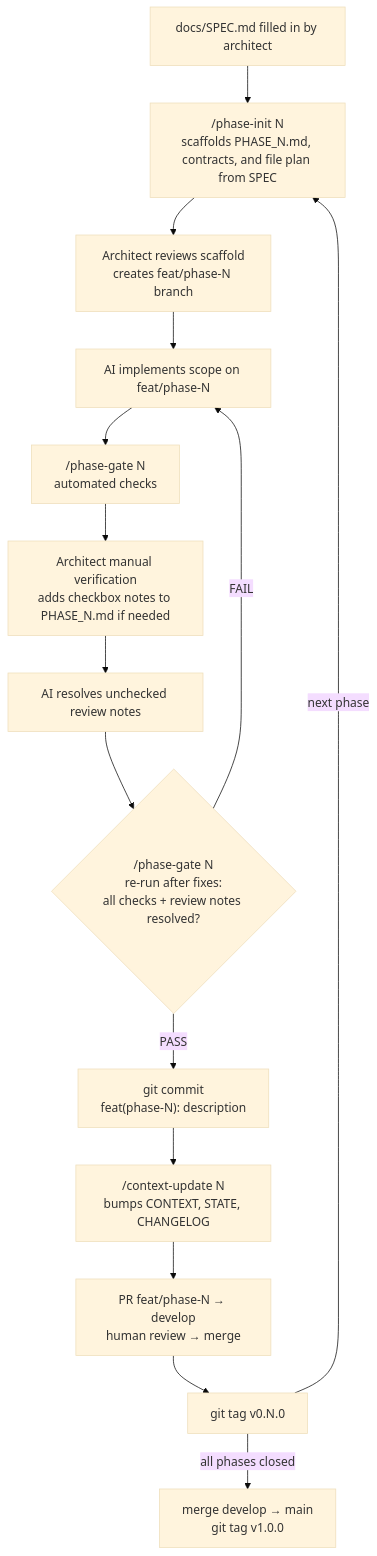
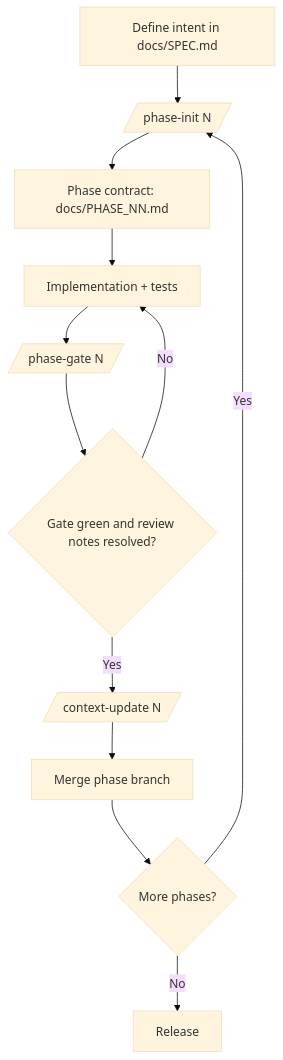
One commit to avatarsik6699/sdd-template changed the diagram in README.md. Above: the diagram before and after it, drawn with Mermaid (base theme). The commit also changed other lines of this file, not shown here.

````diff
--- a/README.md
+++ b/README.md
@@ -85,18 +50,14 @@
 ```mermaid
 flowchart TD
-    Spec[docs/SPEC.md filled in by architect]
-    Spec --> Init["/phase-init N<br/>scaffolds PHASE_N.md, contracts, and file plan from SPEC"]
-    Init --> Fill[Architect reviews scaffold<br/>creates feat/phase-N branch]
-    Fill --> Impl[AI implements scope on feat/phase-N]
-    Impl --> Gate["/phase-gate N<br/>automated checks"]
-    Gate --> Review[Architect manual verification<br/>adds checkbox notes to PHASE_N.md if needed]
-    Review --> Fix[AI resolves unchecked review notes]
-    Fix --> Ready{"/phase-gate N<br/>re-run after fixes:<br/>all checks + review notes resolved?"}
-    Ready -- FAIL --> Impl
-    Ready -- PASS --> Commit["git commit<br/>feat(phase-N): description"]
-    Commit --> CtxUpdate["/context-update N<br/>bumps CONTEXT, STATE, CHANGELOG"]
-    CtxUpdate --> PR[PR feat/phase-N → develop<br/>human review → merge]
-    PR --> Tag["git tag v0.N.0"]
-    Tag -- next phase --> Init
-    Tag -- all phases closed --> Release[merge develop → main<br/>git tag v1.0.0]
+    A[Define intent in docs/SPEC.md] --> B[/phase-init N/]
+    B --> C[Phase contract: docs/PHASE_NN.md]
+    C --> D[Implementation + tests]
+    D --> E[/phase-gate N/]
+    E --> F{Gate green and review notes resolved?}
+    F -- No --> D
+    F -- Yes --> G[/context-update N/]
+    G --> H[Merge phase branch]
+    H --> I{More phases?}
+    I -- Yes --> B
+    I -- No --> J[Release]
 ```
````
